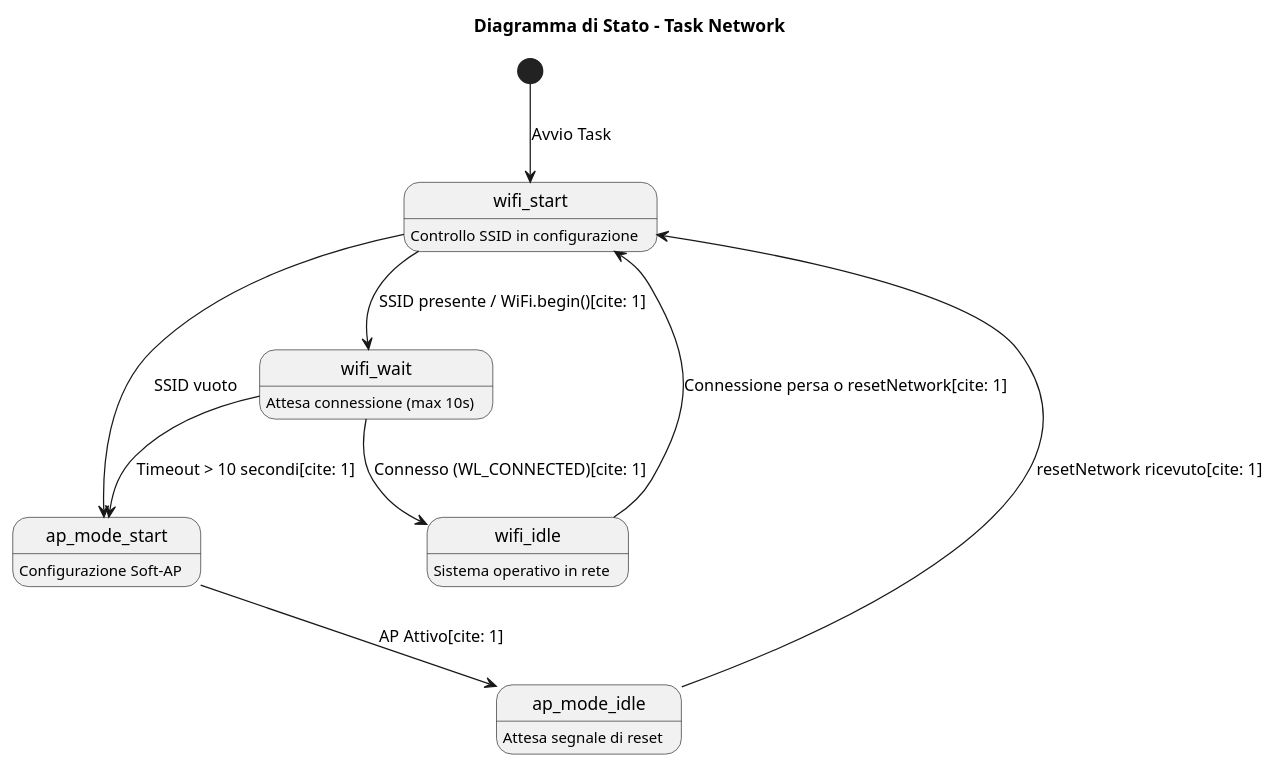
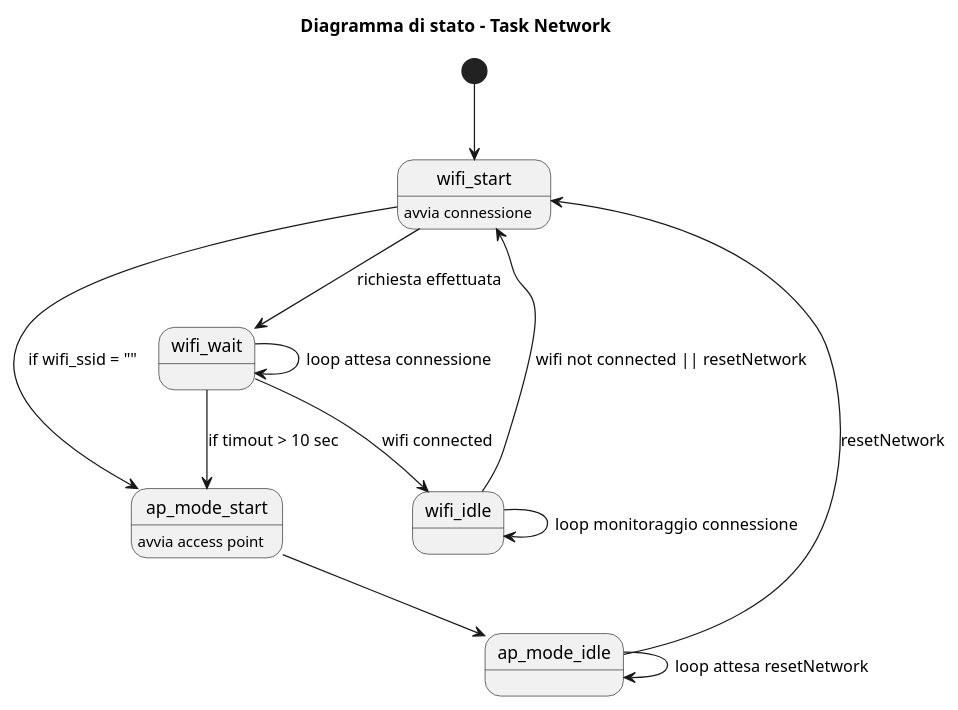
Before and after one commit to spedone/firmware_termometro_wifi: the diagram in uml/TaskNetwork.puml, drawn with PlantUML. The commit also changed 13 other files, not shown here.

```diff
--- a/uml/TaskNetwork.puml
+++ b/uml/TaskNetwork.puml
@@ -1,38 +1,29 @@
 @startuml
-title Diagramma di Stato - Task Network
-
-[*] --> wifi_start : Avvio Task
+title Diagramma di stato - Task Network
+[*] --> wifi_start
 
 state wifi_start {
-  wifi_start : Controllo SSID in configurazione
+   wifi_start: avvia connessione
 }
 
-wifi_start --> ap_mode_start : SSID vuoto
-wifi_start --> wifi_wait : SSID presente / WiFi.begin()[cite: 1]
+state wifi_wait
+state wifi_idle
 
-state wifi_wait {
-  wifi_wait : Attesa connessione (max 10s)
+state ap_mode_start {
+   ap_mode_start: avvia access point
 }
 
-wifi_wait --> wifi_idle : Connesso (WL_CONNECTED)[cite: 1]
-wifi_wait --> ap_mode_start : Timeout > 10 secondi[cite: 1]
+state ap_mode_idle
 
-state wifi_idle {
-  wifi_idle : Sistema operativo in rete
-}
-
-wifi_idle --> wifi_start : Connessione persa o resetNetwork[cite: 1]
-
-state ap_mode_start {
-  ap_mode_start : Configurazione Soft-AP
-}
-
-ap_mode_start --> ap_mode_idle : AP Attivo[cite: 1]
-
-state ap_mode_idle {
-  ap_mode_idle : Attesa segnale di reset
-}
-
-ap_mode_idle --> wifi_start : resetNetwork ricevuto[cite: 1]
+wifi_start --> ap_mode_start : if wifi_ssid = ""
+wifi_start --> wifi_wait : richiesta effettuata
+wifi_wait --> wifi_wait : loop attesa connessione
+wifi_wait --> wifi_idle : wifi connected 
+wifi_wait --> ap_mode_start : if timout > 10 sec
+wifi_idle --> wifi_start : wifi not connected || resetNetwork
+wifi_idle --> wifi_idle : loop monitoraggio connessione
+ap_mode_start --> ap_mode_idle
+ap_mode_idle --> wifi_start : resetNetwork
+ap_mode_idle --> ap_mode_idle : loop attesa resetNetwork 
 
 @enduml
```
